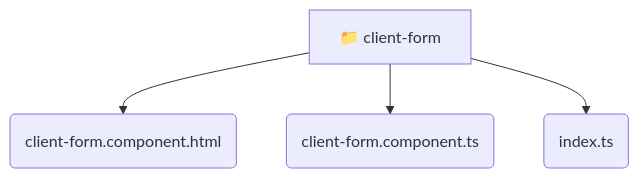
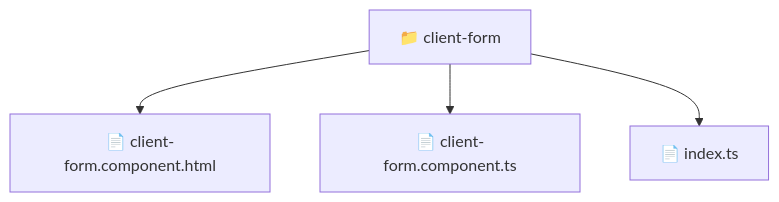
Before and after one commit to beginwebdev2002/fullstack-mavluda: the diagram in frontend/src/features/client-form/README.md, drawn with Mermaid. The commit also changed other lines of this file and 163 other files, not shown here.

````diff
--- a/frontend/src/features/client-form/README.md
+++ b/frontend/src/features/client-form/README.md
@@ -11,7 +10,7 @@
 ```mermaid
 graph TD
-  client_form[📁 client-form]
-  client_form --> client_form_client_form_component_html(client-form.component.html)
-  client_form --> client_form_client_form_component_ts(client-form.component.ts)
-  client_form --> client_form_index_ts(index.ts)
+  Root["📁 client-form"]
+  Root --> clientformcomponenthtml["📄 client-form.component.html"]
+  Root --> clientformcomponentts["📄 client-form.component.ts"]
+  Root --> indexts["📄 index.ts"]
 ```
````
